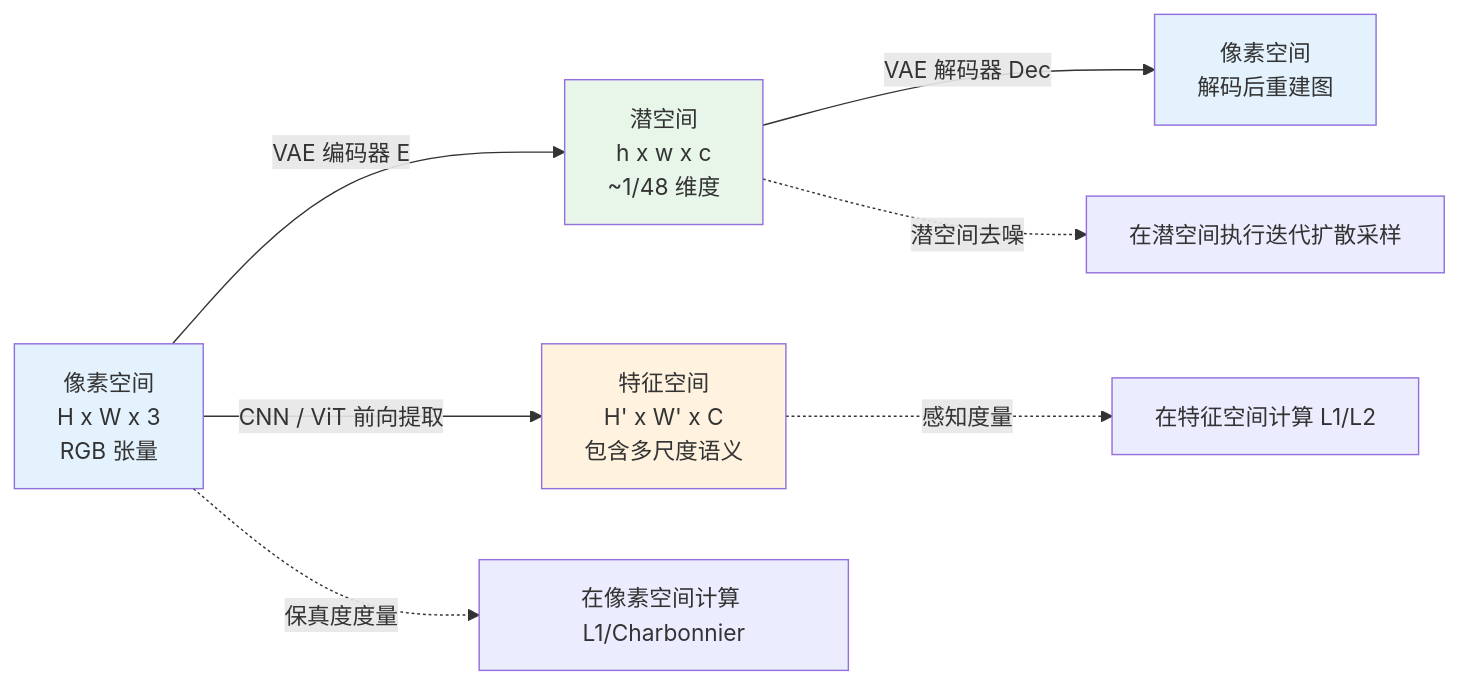
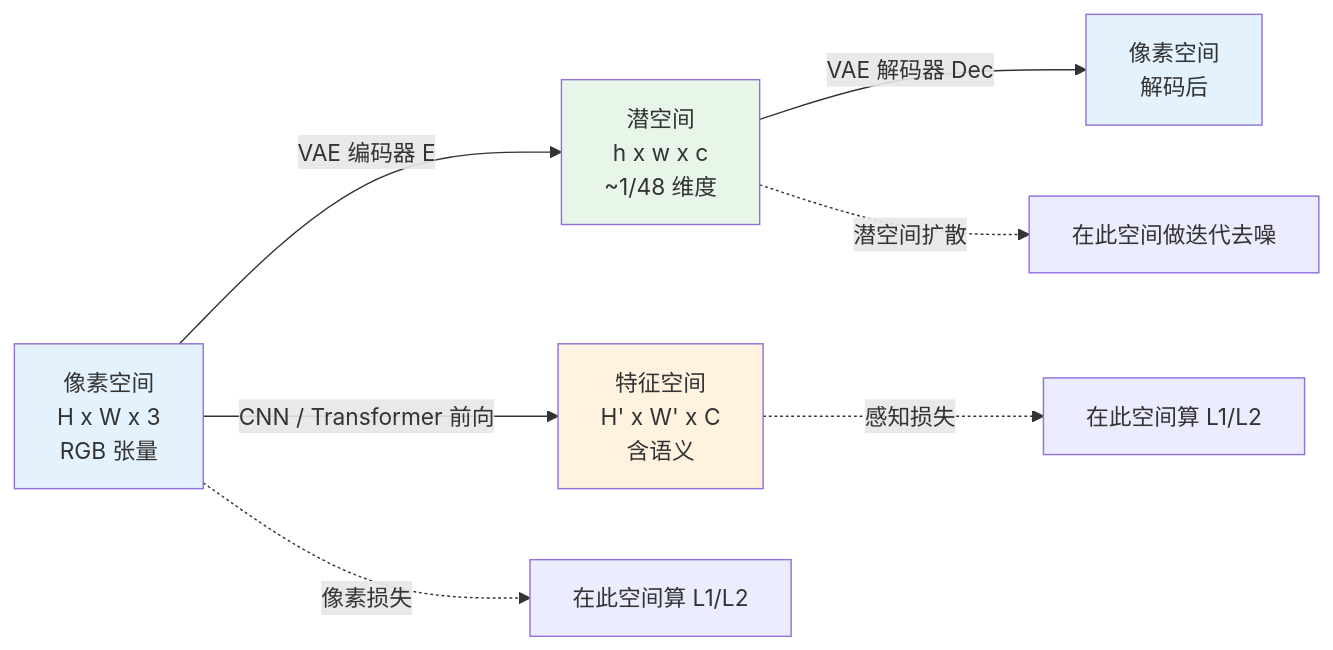
One commit to yingwang/image-enhancement-guide changed the first of 2 diagrams in chapters/02-representation.md. Above: the diagram before and after it, drawn with Mermaid. The commit also changed other lines of this file and 18 other files, not shown here.

````diff
--- a/chapters/02-representation.md
+++ b/chapters/02-representation.md
@@ -53,14 +62,14 @@
 ```mermaid
 graph LR
-    Pixel["像素空间<br/>H x W x 3<br/>RGB 张量"] -->|VAE 编码器 E| Latent["潜空间<br/>h x w x c<br/>~1/48 维度"]
-    Latent -->|VAE 解码器 Dec| Pixel2["像素空间<br/>解码后重建图"]
-    Pixel -->|CNN / ViT 前向提取| Feature["特征空间<br/>H' x W' x C<br/>包含多尺度语义"]
-    Feature -.->|感知度量| EvalLoss["在特征空间计算 L1/L2"]
-    Latent -.->|潜空间去噪| Noise["在潜空间执行迭代扩散采样"]
-    Pixel -.->|保真度度量| EvalLoss2["在像素空间计算 L1/Charbonnier"]
+    Pixel[像素空间<br/>H x W x 3<br/>RGB 张量] -->|VAE 编码器 E| Latent[潜空间<br/>h x w x c<br/>~1/48 维度]
+    Latent -->|VAE 解码器 Dec| Pixel2[像素空间<br/>解码后]
+    Pixel -->|CNN / Transformer 前向| Feature[特征空间<br/>H' x W' x C<br/>含语义]
+    Feature -.->|感知损失| EvalLoss[在此空间算 L1/L2]
+    Latent -.->|潜空间扩散| Noise[在此空间做迭代去噪]
+    Pixel -.->|像素损失| EvalLoss2[在此空间算 L1/L2]
 
     style Pixel fill:#e3f2fd
     style Feature fill:#fff3e0
     style Latent fill:#e8f5e9
     style Pixel2 fill:#e3f2fd
 ```
````
